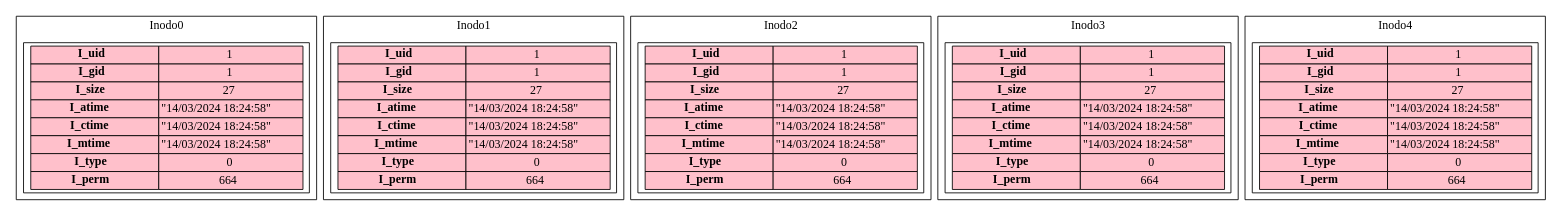
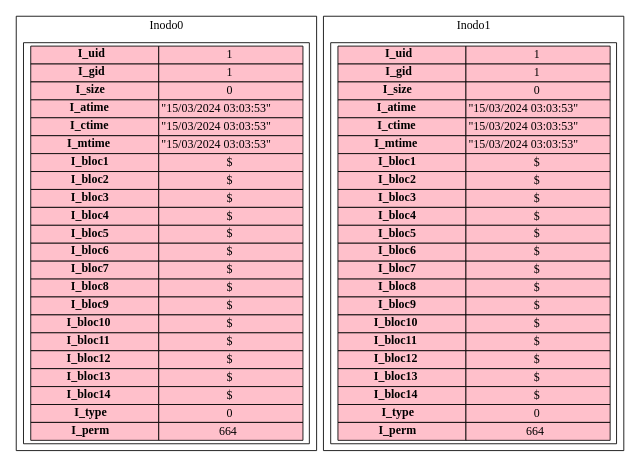
Before and after one commit to NatalyDuarte/MIA_P1_202001570: the diagram in Inodo.dot, drawn with Graphviz. The commit also changed 20 other files, not shown here.

```diff
--- a/Inodo.dot
+++ b/Inodo.dot
@@ -1,67 +1,56 @@
 digraph G{
 subgraph cluster_0{
  label="Inodo0"
 tbl_0[shape=box, label=<
 <table border='0' cellborder='1' cellspacing='0'  width='300' height='160' >
 <tr><td width='150' bgcolor="pink"><b>I_uid</b></td><td width='150' bgcolor="pink">1</td></tr>
 <tr><td width='150' bgcolor="pink"><b>I_gid</b></td><td width='150' bgcolor="pink">1</td></tr>
-<tr><td width='150' bgcolor="pink"><b>I_size</b></td><td width='150' bgcolor="pink">27</td></tr>
-<tr><td width='150' bgcolor="pink"><b>I_atime</b></td><td width='150' bgcolor="pink">"14/03/2024 18:24:58"</td></tr>
-<tr><td width='150' bgcolor="pink"><b>I_ctime</b></td><td width='150' bgcolor="pink">"14/03/2024 18:24:58"</td></tr>
-<tr><td width='150' bgcolor="pink"><b>I_mtime</b></td><td width='150' bgcolor="pink">"14/03/2024 18:24:58"</td></tr>
+<tr><td width='150' bgcolor="pink"><b>I_size</b></td><td width='150' bgcolor="pink">0</td></tr>
+<tr><td width='150' bgcolor="pink"><b>I_atime</b></td><td width='150' bgcolor="pink">"15/03/2024 03:03:53"</td></tr>
+<tr><td width='150' bgcolor="pink"><b>I_ctime</b></td><td width='150' bgcolor="pink">"15/03/2024 03:03:53"</td></tr>
+<tr><td width='150' bgcolor="pink"><b>I_mtime</b></td><td width='150' bgcolor="pink">"15/03/2024 03:03:53"</td></tr>
+<tr>  <td width='150' bgcolor="pink"><b>I_bloc1</b></td><td width='150' bgcolor="pink">$</td>  </tr>
+<tr>  <td width='150' bgcolor="pink"><b>I_bloc2</b></td><td width='150' bgcolor="pink">$</td>  </tr>
+<tr>  <td width='150' bgcolor="pink"><b>I_bloc3</b></td><td width='150' bgcolor="pink">$</td>  </tr>
+<tr>  <td width='150' bgcolor="pink"><b>I_bloc4</b></td><td width='150' bgcolor="pink">$</td>  </tr>
+<tr>  <td width='150' bgcolor="pink"><b>I_bloc5</b></td><td width='150' bgcolor="pink">$</td>  </tr>
+<tr>  <td width='150' bgcolor="pink"><b>I_bloc6</b></td><td width='150' bgcolor="pink">$</td>  </tr>
+<tr>  <td width='150' bgcolor="pink"><b>I_bloc7</b></td><td width='150' bgcolor="pink">$</td>  </tr>
+<tr>  <td width='150' bgcolor="pink"><b>I_bloc8</b></td><td width='150' bgcolor="pink">$</td>  </tr>
+<tr>  <td width='150' bgcolor="pink"><b>I_bloc9</b></td><td width='150' bgcolor="pink">$</td>  </tr>
+<tr>  <td width='150' bgcolor="pink"><b>I_bloc10</b></td><td width='150' bgcolor="pink">$</td>  </tr>
+<tr>  <td width='150' bgcolor="pink"><b>I_bloc11</b></td><td width='150' bgcolor="pink">$</td>  </tr>
+<tr>  <td width='150' bgcolor="pink"><b>I_bloc12</b></td><td width='150' bgcolor="pink">$</td>  </tr>
+<tr>  <td width='150' bgcolor="pink"><b>I_bloc13</b></td><td width='150' bgcolor="pink">$</td>  </tr>
+<tr>  <td width='150' bgcolor="pink"><b>I_bloc14</b></td><td width='150' bgcolor="pink">$</td>  </tr>
 <tr><td width='150' bgcolor="pink"><b>I_type</b></td><td width='150' bgcolor="pink">0</td></tr>
 <tr><td width='150' bgcolor="pink"><b>I_perm</b></td><td width='150' bgcolor="pink">664</td></tr>
 </table>>];}
 subgraph cluster_1{
  label="Inodo1"
 tbl_1[shape=box, label=<
 <table border='0' cellborder='1' cellspacing='0'  width='300' height='160' >
 <tr><td width='150' bgcolor="pink"><b>I_uid</b></td><td width='150' bgcolor="pink">1</td></tr>
 <tr><td width='150' bgcolor="pink"><b>I_gid</b></td><td width='150' bgcolor="pink">1</td></tr>
-<tr><td width='150' bgcolor="pink"><b>I_size</b></td><td width='150' bgcolor="pink">27</td></tr>
-<tr><td width='150' bgcolor="pink"><b>I_atime</b></td><td width='150' bgcolor="pink">"14/03/2024 18:24:58"</td></tr>
-<tr><td width='150' bgcolor="pink"><b>I_ctime</b></td><td width='150' bgcolor="pink">"14/03/2024 18:24:58"</td></tr>
-<tr><td width='150' bgcolor="pink"><b>I_mtime</b></td><td width='150' bgcolor="pink">"14/03/2024 18:24:58"</td></tr>
-<tr><td width='150' bgcolor="pink"><b>I_type</b></td><td width='150' bgcolor="pink">0</td></tr>
-<tr><td width='150' bgcolor="pink"><b>I_perm</b></td><td width='150' bgcolor="pink">664</td></tr>
-</table>>];}
-subgraph cluster_2{
- label="Inodo2"
-tbl_2[shape=box, label=<
-<table border='0' cellborder='1' cellspacing='0'  width='300' height='160' >
-<tr><td width='150' bgcolor="pink"><b>I_uid</b></td><td width='150' bgcolor="pink">1</td></tr>
-<tr><td width='150' bgcolor="pink"><b>I_gid</b></td><td width='150' bgcolor="pink">1</td></tr>
-<tr><td width='150' bgcolor="pink"><b>I_size</b></td><td width='150' bgcolor="pink">27</td></tr>
-<tr><td width='150' bgcolor="pink"><b>I_atime</b></td><td width='150' bgcolor="pink">"14/03/2024 18:24:58"</td></tr>
-<tr><td width='150' bgcolor="pink"><b>I_ctime</b></td><td width='150' bgcolor="pink">"14/03/2024 18:24:58"</td></tr>
-<tr><td width='150' bgcolor="pink"><b>I_mtime</b></td><td width='150' bgcolor="pink">"14/03/2024 18:24:58"</td></tr>
-<tr><td width='150' bgcolor="pink"><b>I_type</b></td><td width='150' bgcolor="pink">0</td></tr>
-<tr><td width='150' bgcolor="pink"><b>I_perm</b></td><td width='150' bgcolor="pink">664</td></tr>
-</table>>];}
-subgraph cluster_3{
- label="Inodo3"
-tbl_3[shape=box, label=<
-<table border='0' cellborder='1' cellspacing='0'  width='300' height='160' >
-<tr><td width='150' bgcolor="pink"><b>I_uid</b></td><td width='150' bgcolor="pink">1</td></tr>
-<tr><td width='150' bgcolor="pink"><b>I_gid</b></td><td width='150' bgcolor="pink">1</td></tr>
-<tr><td width='150' bgcolor="pink"><b>I_size</b></td><td width='150' bgcolor="pink">27</td></tr>
-<tr><td width='150' bgcolor="pink"><b>I_atime</b></td><td width='150' bgcolor="pink">"14/03/2024 18:24:58"</td></tr>
-<tr><td width='150' bgcolor="pink"><b>I_ctime</b></td><td width='150' bgcolor="pink">"14/03/2024 18:24:58"</td></tr>
-<tr><td width='150' bgcolor="pink"><b>I_mtime</b></td><td width='150' bgcolor="pink">"14/03/2024 18:24:58"</td></tr>
-<tr><td width='150' bgcolor="pink"><b>I_type</b></td><td width='150' bgcolor="pink">0</td></tr>
-<tr><td width='150' bgcolor="pink"><b>I_perm</b></td><td width='150' bgcolor="pink">664</td></tr>
-</table>>];}
-subgraph cluster_4{
- label="Inodo4"
-tbl_4[shape=box, label=<
-<table border='0' cellborder='1' cellspacing='0'  width='300' height='160' >
-<tr><td width='150' bgcolor="pink"><b>I_uid</b></td><td width='150' bgcolor="pink">1</td></tr>
-<tr><td width='150' bgcolor="pink"><b>I_gid</b></td><td width='150' bgcolor="pink">1</td></tr>
-<tr><td width='150' bgcolor="pink"><b>I_size</b></td><td width='150' bgcolor="pink">27</td></tr>
-<tr><td width='150' bgcolor="pink"><b>I_atime</b></td><td width='150' bgcolor="pink">"14/03/2024 18:24:58"</td></tr>
-<tr><td width='150' bgcolor="pink"><b>I_ctime</b></td><td width='150' bgcolor="pink">"14/03/2024 18:24:58"</td></tr>
-<tr><td width='150' bgcolor="pink"><b>I_mtime</b></td><td width='150' bgcolor="pink">"14/03/2024 18:24:58"</td></tr>
+<tr><td width='150' bgcolor="pink"><b>I_size</b></td><td width='150' bgcolor="pink">0</td></tr>
+<tr><td width='150' bgcolor="pink"><b>I_atime</b></td><td width='150' bgcolor="pink">"15/03/2024 03:03:53"</td></tr>
+<tr><td width='150' bgcolor="pink"><b>I_ctime</b></td><td width='150' bgcolor="pink">"15/03/2024 03:03:53"</td></tr>
+<tr><td width='150' bgcolor="pink"><b>I_mtime</b></td><td width='150' bgcolor="pink">"15/03/2024 03:03:53"</td></tr>
+<tr>  <td width='150' bgcolor="pink"><b>I_bloc1</b></td><td width='150' bgcolor="pink">$</td>  </tr>
+<tr>  <td width='150' bgcolor="pink"><b>I_bloc2</b></td><td width='150' bgcolor="pink">$</td>  </tr>
+<tr>  <td width='150' bgcolor="pink"><b>I_bloc3</b></td><td width='150' bgcolor="pink">$</td>  </tr>
+<tr>  <td width='150' bgcolor="pink"><b>I_bloc4</b></td><td width='150' bgcolor="pink">$</td>  </tr>
+<tr>  <td width='150' bgcolor="pink"><b>I_bloc5</b></td><td width='150' bgcolor="pink">$</td>  </tr>
+<tr>  <td width='150' bgcolor="pink"><b>I_bloc6</b></td><td width='150' bgcolor="pink">$</td>  </tr>
+<tr>  <td width='150' bgcolor="pink"><b>I_bloc7</b></td><td width='150' bgcolor="pink">$</td>  </tr>
+<tr>  <td width='150' bgcolor="pink"><b>I_bloc8</b></td><td width='150' bgcolor="pink">$</td>  </tr>
+<tr>  <td width='150' bgcolor="pink"><b>I_bloc9</b></td><td width='150' bgcolor="pink">$</td>  </tr>
+<tr>  <td width='150' bgcolor="pink"><b>I_bloc10</b></td><td width='150' bgcolor="pink">$</td>  </tr>
+<tr>  <td width='150' bgcolor="pink"><b>I_bloc11</b></td><td width='150' bgcolor="pink">$</td>  </tr>
+<tr>  <td width='150' bgcolor="pink"><b>I_bloc12</b></td><td width='150' bgcolor="pink">$</td>  </tr>
+<tr>  <td width='150' bgcolor="pink"><b>I_bloc13</b></td><td width='150' bgcolor="pink">$</td>  </tr>
+<tr>  <td width='150' bgcolor="pink"><b>I_bloc14</b></td><td width='150' bgcolor="pink">$</td>  </tr>
 <tr><td width='150' bgcolor="pink"><b>I_type</b></td><td width='150' bgcolor="pink">0</td></tr>
 <tr><td width='150' bgcolor="pink"><b>I_perm</b></td><td width='150' bgcolor="pink">664</td></tr>
 </table>>];}
 }
```
